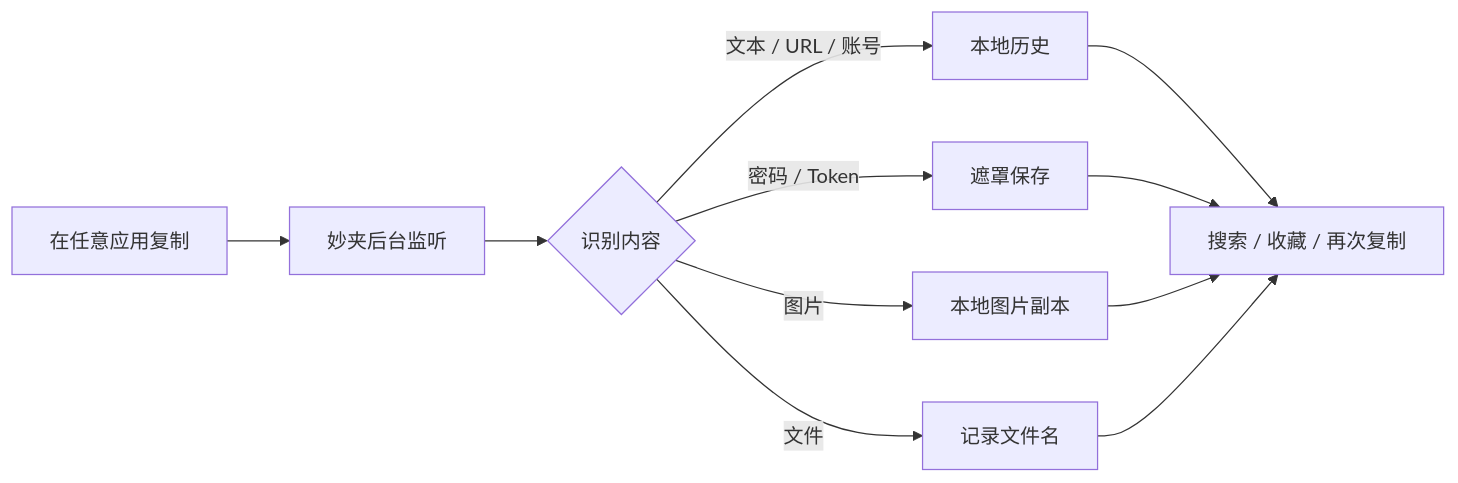
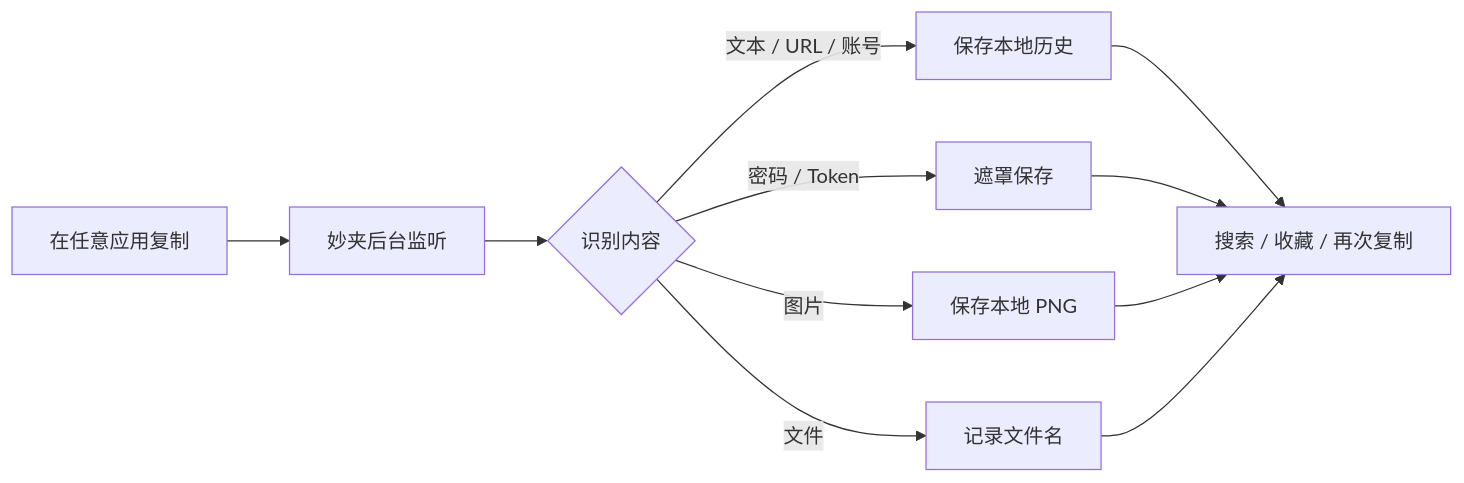
One commit to strawberry-little-bear/miao-clip changed the diagram in README.md. Above: the diagram before and after it, drawn with Mermaid. The commit also changed other lines of this file and 2 other files, not shown here.

````diff
--- a/README.md
+++ b/README.md
@@ -25,13 +101,13 @@
 ```mermaid
 flowchart LR
     A[在任意应用复制] --> B[妙夹后台监听]
     B --> C{识别内容}
-    C -->|文本 / URL / 账号| D[本地历史]
+    C -->|文本 / URL / 账号| D[保存本地历史]
     C -->|密码 / Token| E[遮罩保存]
-    C -->|图片| F[本地图片副本]
+    C -->|图片| F[保存本地 PNG]
     C -->|文件| G[记录文件名]
     D --> H[搜索 / 收藏 / 再次复制]
     E --> H
     F --> H
     G --> H
 ```
````
